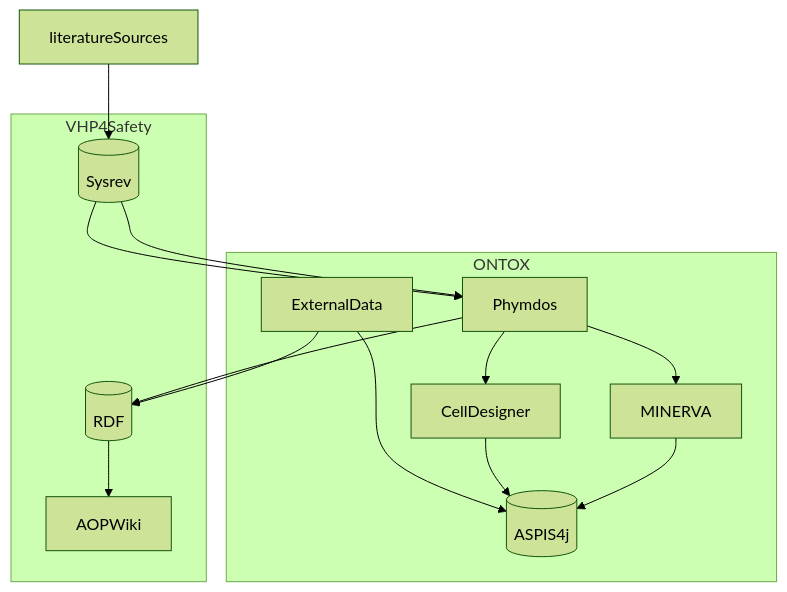
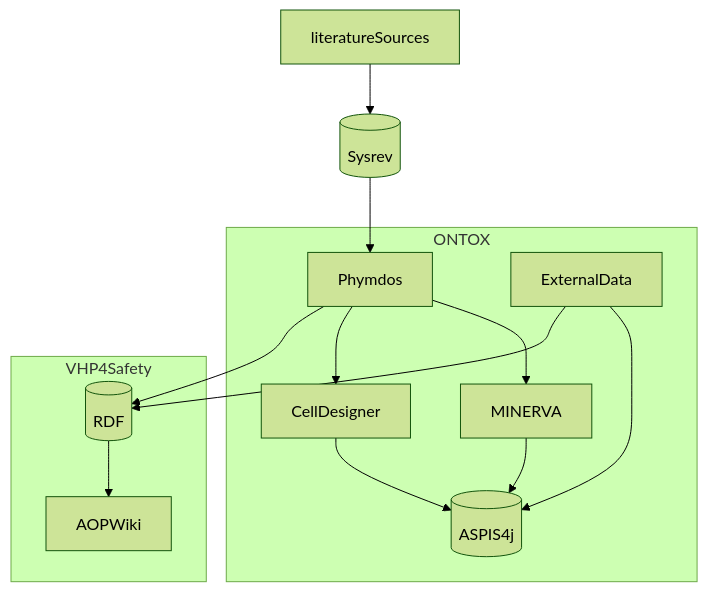
One commit to ontox-hu/workflows changed the diagram in ONTOX-vs-VHP4Safety.md. Above: the diagram before and after it, drawn with Mermaid (forest theme).

````diff
--- a/ONTOX-vs-VHP4Safety.md
+++ b/ONTOX-vs-VHP4Safety.md
@@ -1,22 +1,20 @@
 ```mermaid
 flowchart TB
     literatureSources-->Sysrev[(Sysrev)]
     Sysrev[(Sysrev)]-->Phymdos
     
     subgraph ONTOX
     Phymdos-->MINERVA
     Phymdos-->CellDesigner
     ExternalData-->ASPIS4j[(ASPIS4j)]
     CellDesigner-->ASPIS4j[(ASPIS4j)]
     MINERVA-->ASPIS4j[(ASPIS4j)]
-    
     end
     
     subgraph VHP4Safety
-    Sysrev[(Sysrev)]-->Phymdos
     Phymdos-->RDF[(RDF)]
     RDF[(RDF)]-->AOPWiki
     ExternalData-->RDF[(RDF)]
     end
     
 ```
````
